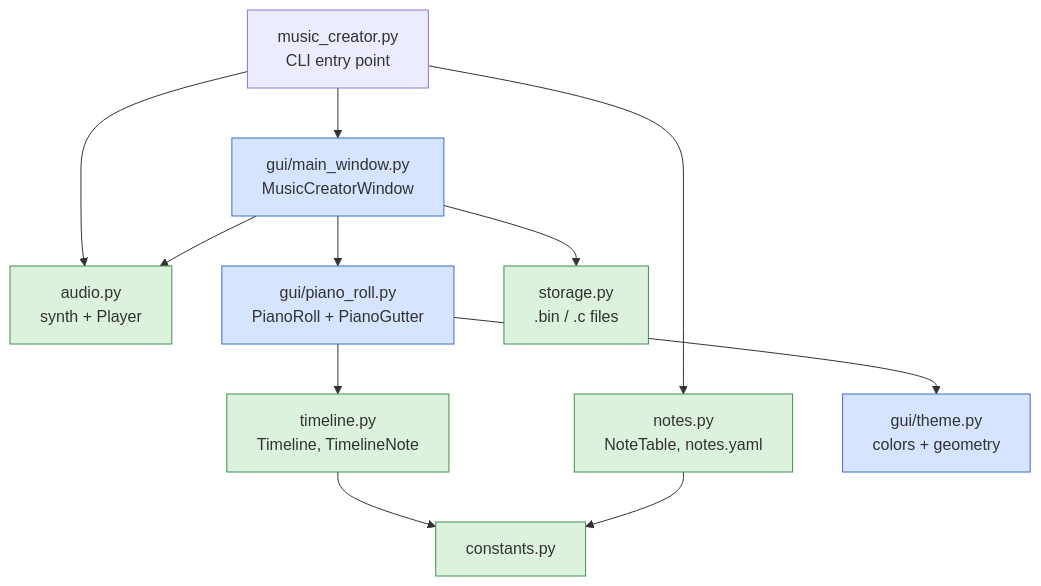
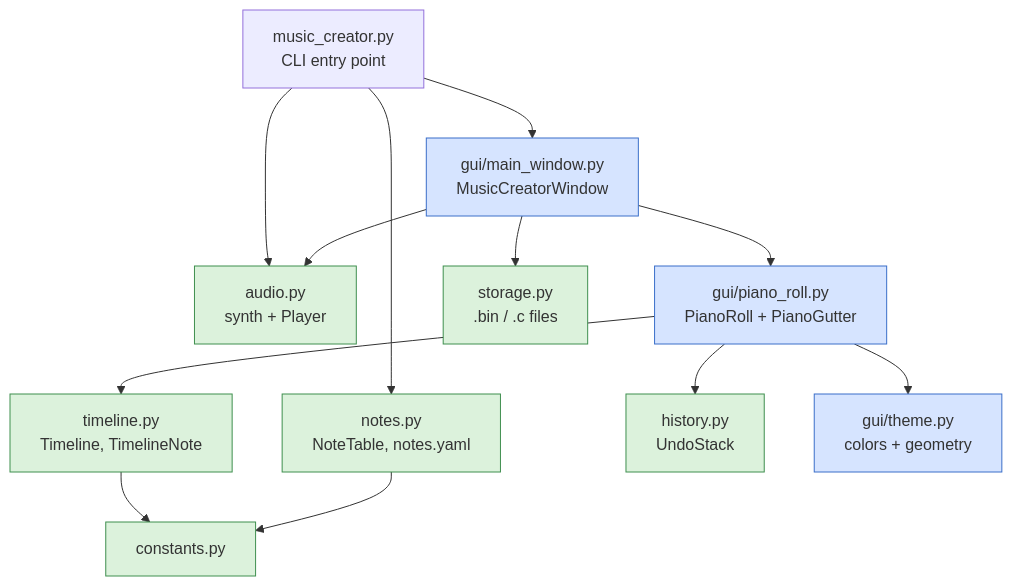
Before and after one commit to alexmuraru27/GameConsole: the first of 3 diagrams in tools/music_creator/README.md, drawn with Mermaid. The commit also changed other lines of this file and 14 other files, not shown here.

````diff
--- a/tools/music_creator/README.md
+++ b/tools/music_creator/README.md
@@ -150,18 +204,19 @@
 ```mermaid
 graph TD
     EP[music_creator.py<br/>CLI entry point] --> NT[notes.py<br/>NoteTable, notes.yaml]
     EP --> AU[audio.py<br/>synth + Player]
     EP --> MW[gui/main_window.py<br/>MusicCreatorWindow]
     MW --> PR[gui/piano_roll.py<br/>PianoRoll + PianoGutter]
     MW --> ST[storage.py<br/>.bin / .c files]
     MW --> AU
     PR --> TL[timeline.py<br/>Timeline, TimelineNote]
+    PR --> HI[history.py<br/>UndoStack]
     PR --> TH[gui/theme.py<br/>colors + geometry]
     TL --> CO[constants.py]
     NT --> CO
 
     classDef qt fill:#d6e4ff,stroke:#3b6fc9
     classDef core fill:#dcf2dc,stroke:#3f8f4f
     class MW,PR,TH qt
-    class TL,ST,AU,NT,CO core
+    class TL,ST,AU,NT,CO,HI core
 ```
````
